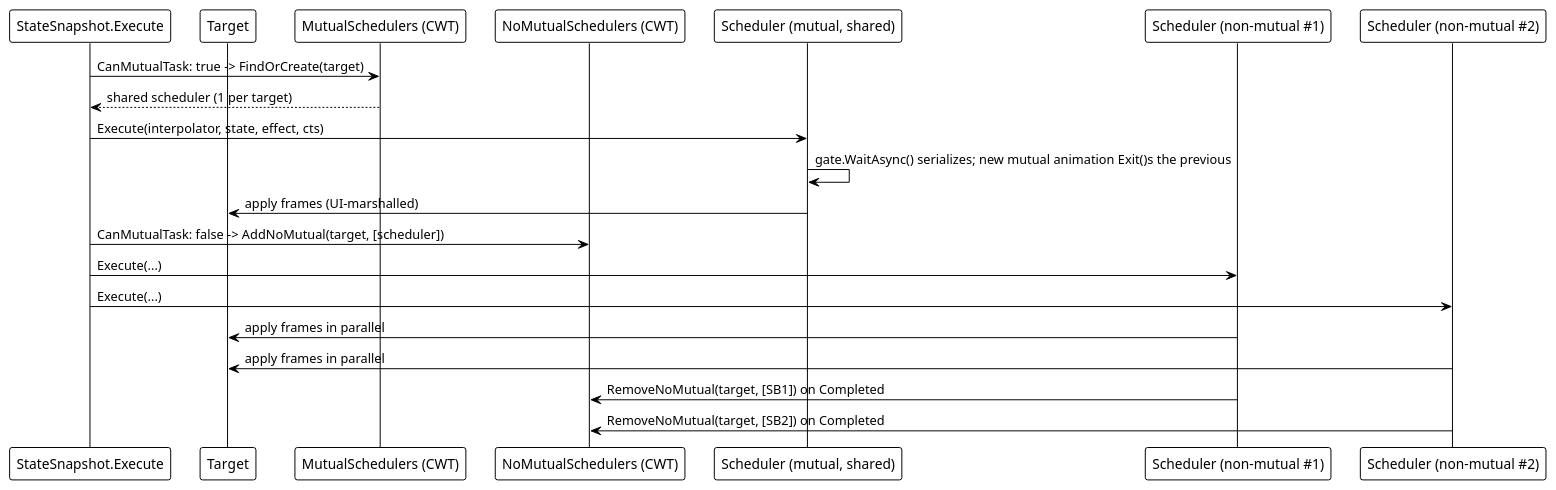
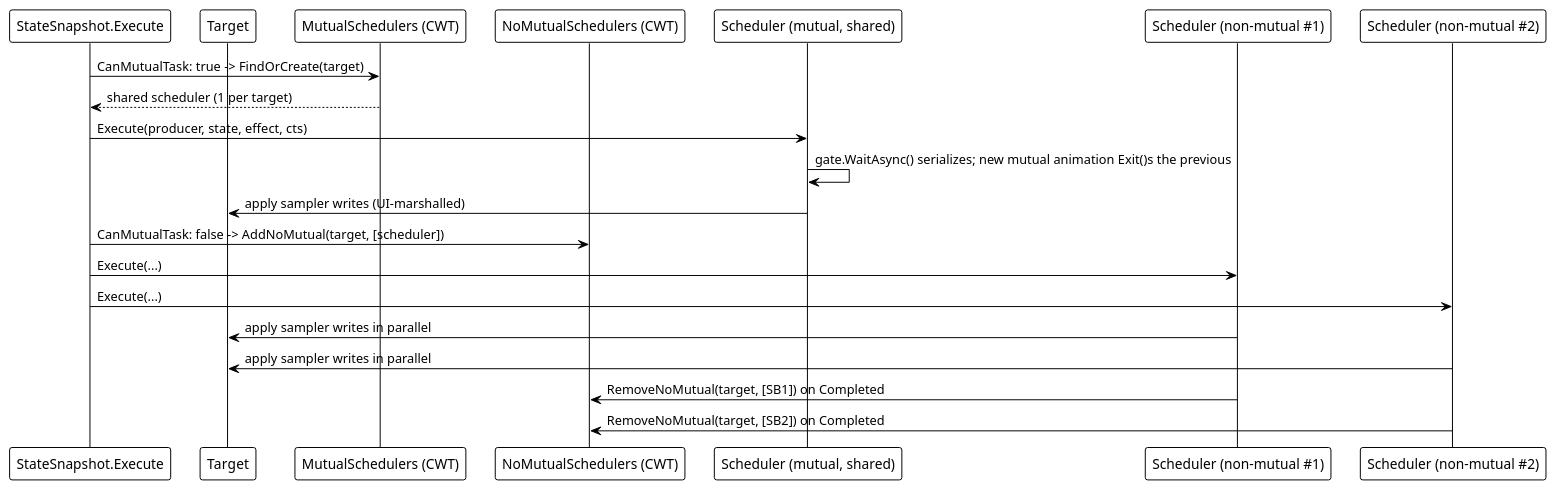
The fourth of 4 diagrams in src/CloudGlyph/Assets/Docs/content/zh/3_SE分析/03_数据流分析/03_过渡动画/index.md (Axvser/VeloxDev.Docs), drawn with PlantUML before and after one commit. The commit also changed other lines of this file and 41 other files, not shown here.

````diff
--- a/src/CloudGlyph/Assets/Docs/content/zh/3_SE分析/03_数据流分析/03_过渡动画/index.md
+++ b/src/CloudGlyph/Assets/Docs/content/zh/3_SE分析/03_数据流分析/03_过渡动画/index.md
@@ -163,27 +171,27 @@
 ```plantuml
 @startuml
 !theme plain
 
 participant "StateSnapshot.Execute" as EX
 participant "Target" as T
 participant "MutualSchedulers (CWT)" as MWT
 participant "NoMutualSchedulers (CWT)" as NWT
 participant "Scheduler (mutual, shared)" as SA
 participant "Scheduler (non-mutual #1)" as SB1
 participant "Scheduler (non-mutual #2)" as SB2
 
 EX -> MWT: CanMutualTask: true -> FindOrCreate(target)
 MWT --> EX: shared scheduler (1 per target)
-EX -> SA: Execute(interpolator, state, effect, cts)
+EX -> SA: Execute(producer, state, effect, cts)
 SA -> SA: gate.WaitAsync() serializes; new mutual animation Exit()s the previous
-SA -> T: apply frames (UI-marshalled)
+SA -> T: apply sampler writes (UI-marshalled)
 
 EX -> NWT: CanMutualTask: false -> AddNoMutual(target, [scheduler])
 EX -> SB1: Execute(...)
 EX -> SB2: Execute(...)
-SB1 -> T: apply frames in parallel
-SB2 -> T: apply frames in parallel
+SB1 -> T: apply sampler writes in parallel
+SB2 -> T: apply sampler writes in parallel
 SB1 -> NWT: RemoveNoMutual(target, [SB1]) on Completed
 SB2 -> NWT: RemoveNoMutual(target, [SB2]) on Completed
 @enduml
 ```
````
